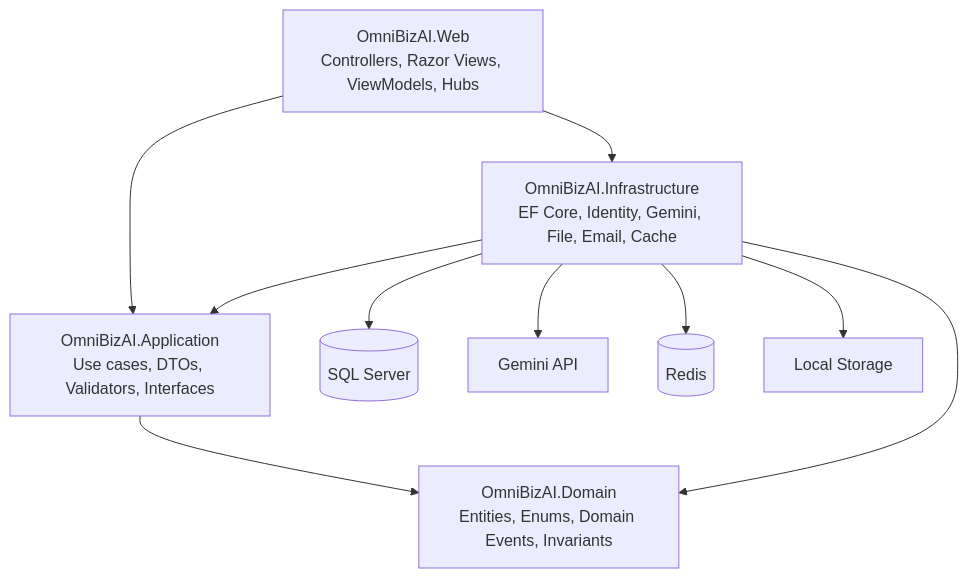
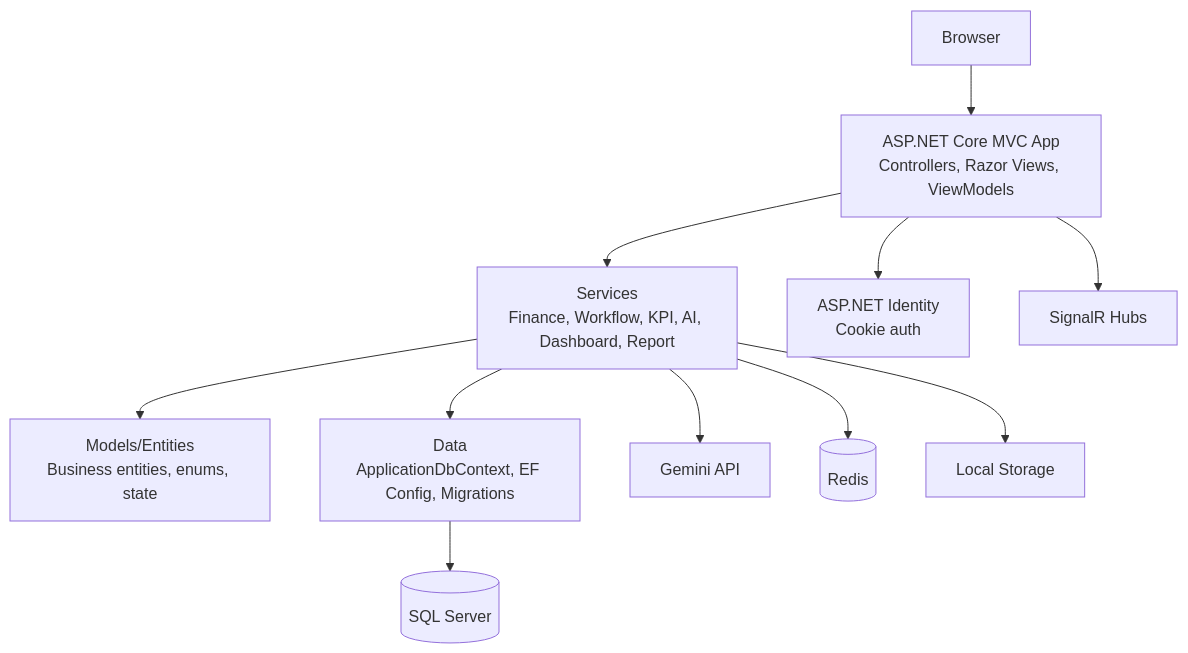
The fourth of 14 diagrams in docs/00-Project-Implementation-Blueprint.md (quanptatb/OmniBizAI), drawn with Mermaid before and after one commit. The commit also changed other lines of this file and 90 other files, not shown here.

````diff
--- a/docs/00-Project-Implementation-Blueprint.md
+++ b/docs/00-Project-Implementation-Blueprint.md
@@ -428,21 +444,25 @@
 ```mermaid
 flowchart TB
-    Web["OmniBizAI.Web<br/>Controllers, Razor Views, ViewModels, Hubs"]
-    Application["OmniBizAI.Application<br/>Use cases, DTOs, Validators, Interfaces"]
-    Domain["OmniBizAI.Domain<br/>Entities, Enums, Domain Events, Invariants"]
-    Infrastructure["OmniBizAI.Infrastructure<br/>EF Core, Identity, Gemini, File, Email, Cache"]
+    Browser["Browser"]
+    MVC["ASP.NET Core MVC App<br/>Controllers, Razor Views, ViewModels"]
+    Services["Services<br/>Finance, Workflow, KPI, AI, Dashboard, Report"]
+    Entities["Models/Entities<br/>Business entities, enums, state"]
+    Data["Data<br/>ApplicationDbContext, EF Config, Migrations"]
+    Identity["ASP.NET Identity<br/>Cookie auth"]
+    Hubs["SignalR Hubs"]
     Sql[("SQL Server")]
     Gemini["Gemini API"]
     Redis[("Redis")]
     Storage["Local Storage"]
 
-    Web --> Application
-    Application --> Domain
-    Infrastructure --> Application
-    Infrastructure --> Domain
-    Web --> Infrastructure
-    Infrastructure --> Sql
-    Infrastructure --> Gemini
-    Infrastructure --> Redis
-    Infrastructure --> Storage
+    Browser --> MVC
+    MVC --> Services
+    MVC --> Identity
+    MVC --> Hubs
+    Services --> Entities
+    Services --> Data
+    Services --> Gemini
+    Services --> Redis
+    Services --> Storage
+    Data --> Sql
 ```
````
